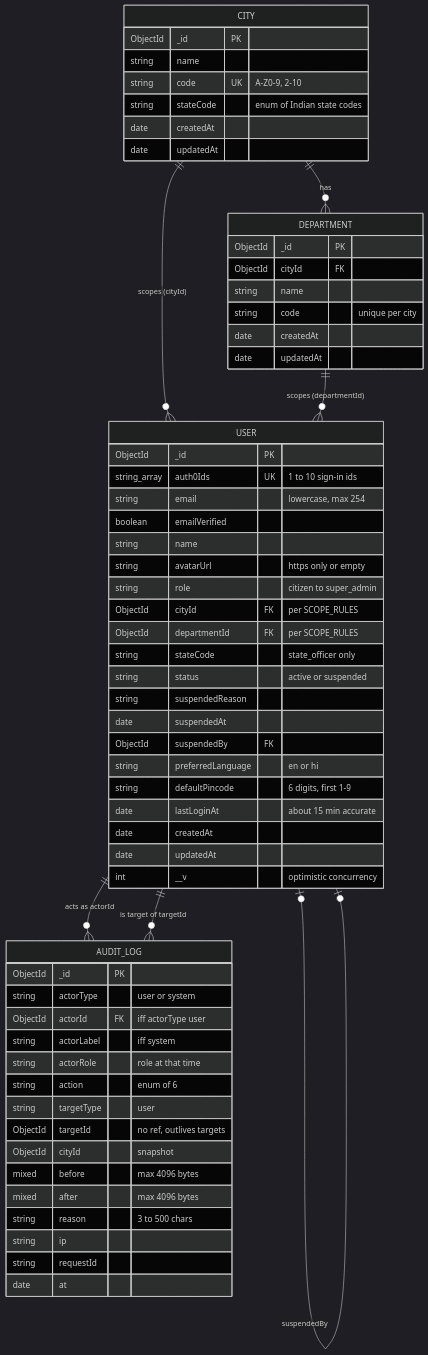
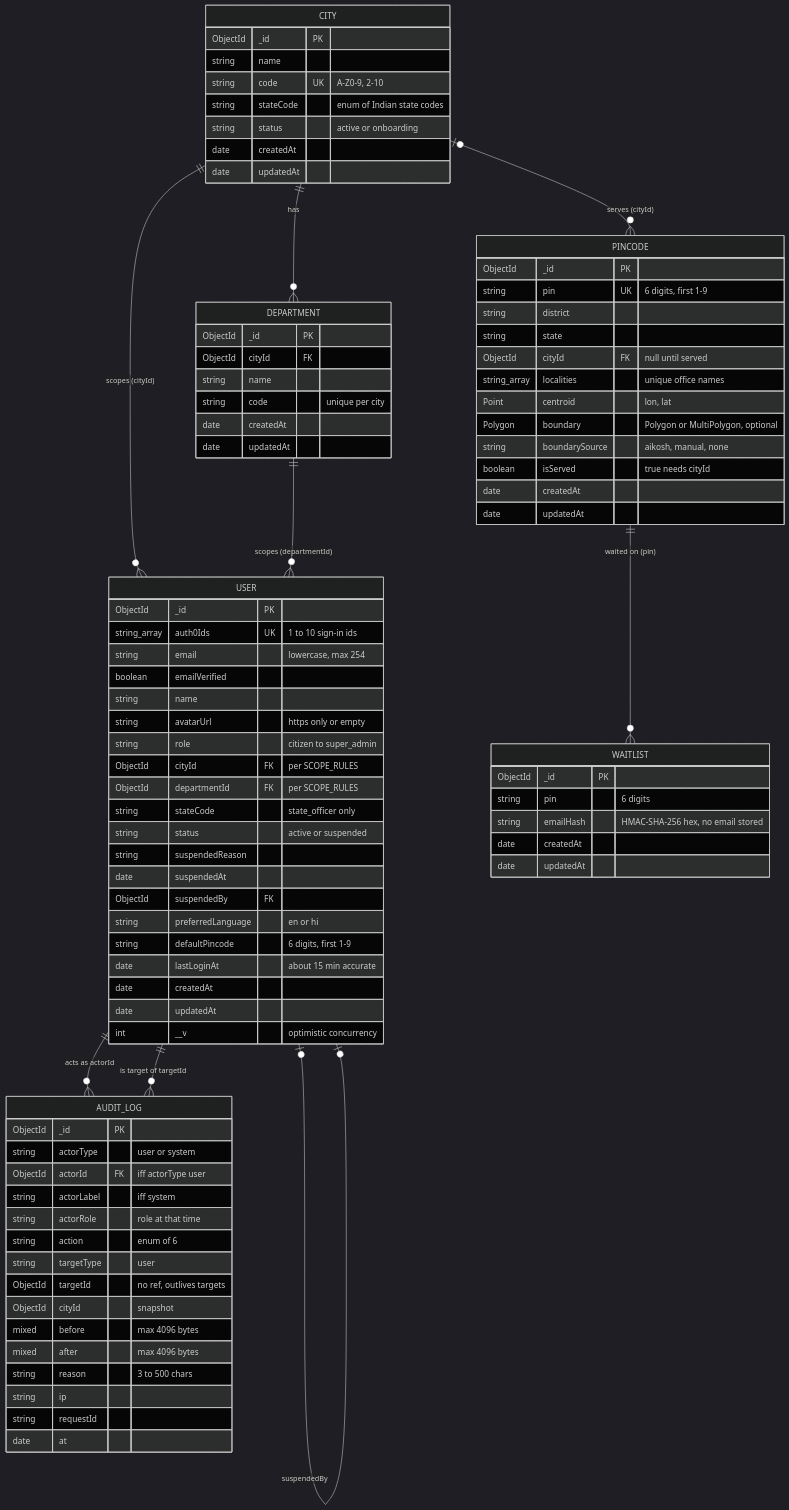
Before and after one commit to sachinsharmaa07/NVN: diagram 14 of 37 in docs/ARCHITECTURE.md, drawn with Mermaid (dark theme). The commit also changed other lines of this file and 14 other files, not shown here.

Commit message:
feat(server): add Pincode and Waitlist models, City status, HMAC_SECRET and M1 index migration

```diff
--- a/docs/ARCHITECTURE.md
+++ b/docs/ARCHITECTURE.md
@@ -770,6 +770,8 @@
   USER ||--o{ AUDIT_LOG : "acts as actorId"
   USER ||--o{ AUDIT_LOG : "is target of targetId"
   USER |o--o| USER : "suspendedBy"
+  CITY |o--o{ PINCODE : "serves (cityId)"
+  PINCODE ||--o{ WAITLIST : "waited on (pin)"
 
   USER {
     ObjectId _id PK
@@ -815,6 +817,28 @@
     string name
     string code UK "A-Z0-9, 2-10"
     string stateCode "enum of Indian state codes"
+    string status "active or onboarding"
+    date createdAt
+    date updatedAt
+  }
+  PINCODE {
+    ObjectId _id PK
+    string pin UK "6 digits, first 1-9"
+    string district
+    string state
+    ObjectId cityId FK "null until served"
+    string_array localities "unique office names"
+    Point centroid "lon, lat"
+    Polygon boundary "Polygon or MultiPolygon, optional"
+    string boundarySource "aikosh, manual, none"
+    boolean isServed "true needs cityId"
+    date createdAt
+    date updatedAt
+  }
+  WAITLIST {
+    ObjectId _id PK
+    string pin "6 digits"
+    string emailHash "HMAC-SHA-256 hex, no email stored"
     date createdAt
     date updatedAt
   }
```
